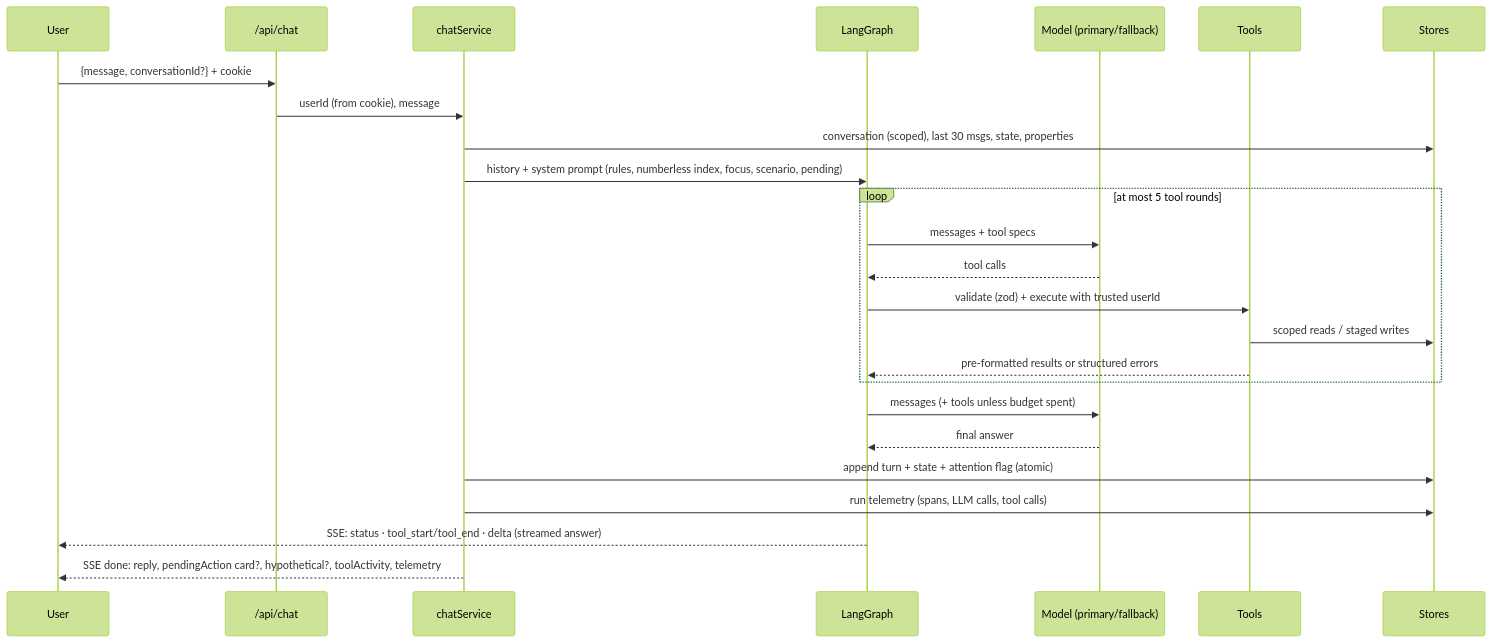
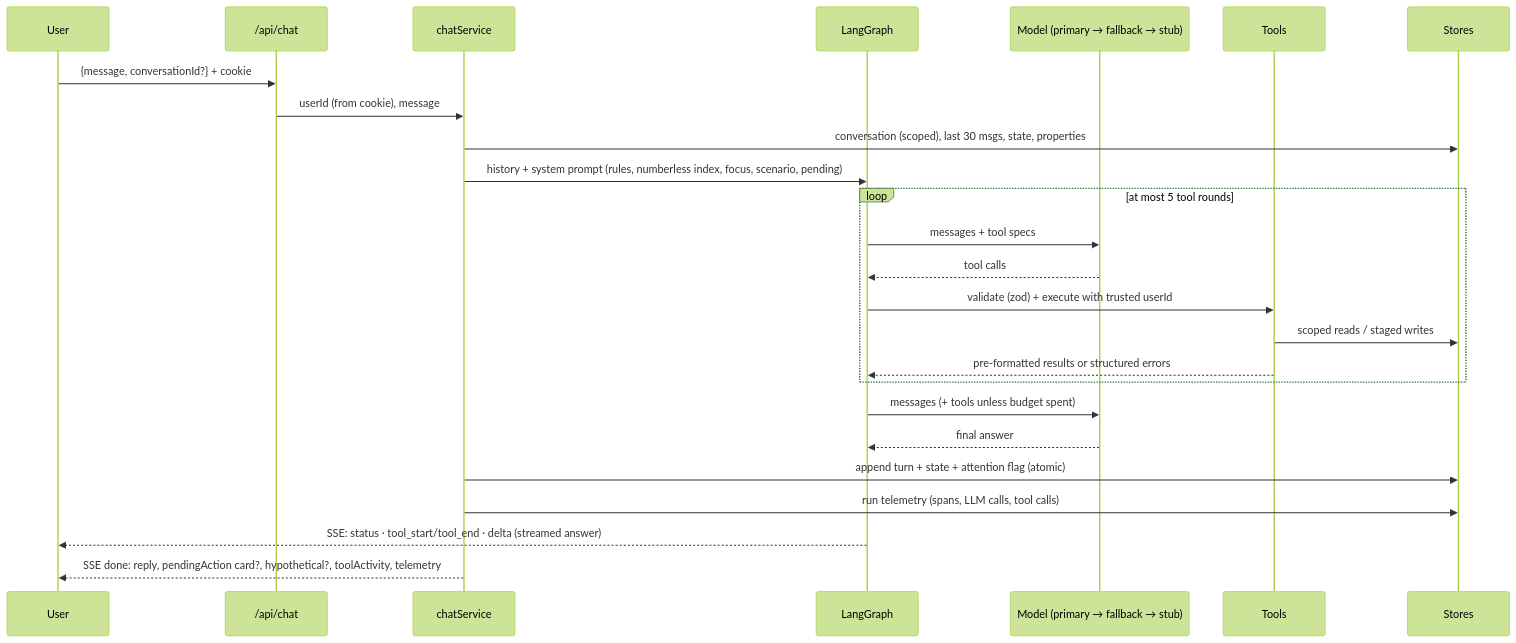
One commit to Vivek24051/ai-portfolio-analyst changed the second of 2 diagrams in docs/architecture.md. Above: the diagram before and after it, drawn with Mermaid (forest theme). The commit also changed other lines of this file and 7 other files, not shown here.

````diff
--- a/docs/architecture.md
+++ b/docs/architecture.md
@@ -43,27 +43,27 @@
 ```mermaid
 sequenceDiagram
   participant U as User
   participant API as /api/chat
   participant S as chatService
   participant G as LangGraph
-  participant M as Model (primary/fallback)
+  participant M as Model (primary → fallback → stub)
   participant T as Tools
   participant DB as Stores
   U->>API: {message, conversationId?} + cookie
   API->>S: userId (from cookie), message
   S->>DB: conversation (scoped), last 30 msgs, state, properties
   S->>G: history + system prompt (rules, numberless index, focus, scenario, pending)
   loop at most 5 tool rounds
     G->>M: messages + tool specs
     M-->>G: tool calls
     G->>T: validate (zod) + execute with trusted userId
     T->>DB: scoped reads / staged writes
     T-->>G: pre-formatted results or structured errors
   end
   G->>M: messages (+ tools unless budget spent)
   M-->>G: final answer
   S->>DB: append turn + state + attention flag (atomic)
   S->>DB: run telemetry (spans, LLM calls, tool calls)
   G-->>U: SSE: status · tool_start/tool_end · delta (streamed answer)
   S-->>U: SSE done: reply, pendingAction card?, hypothetical?, toolActivity, telemetry
 ```
````
